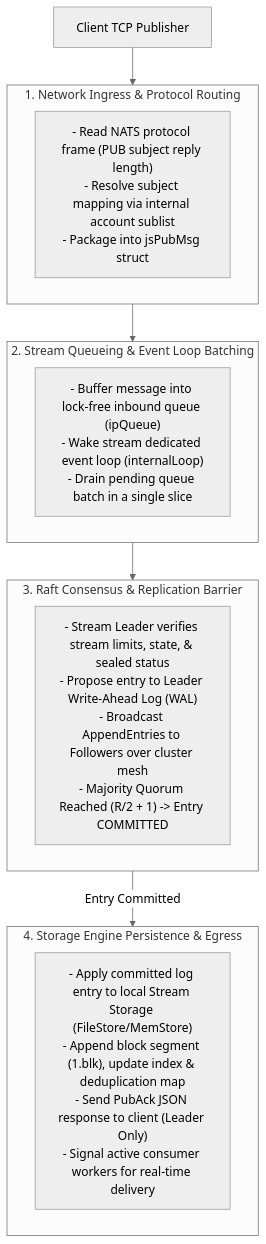
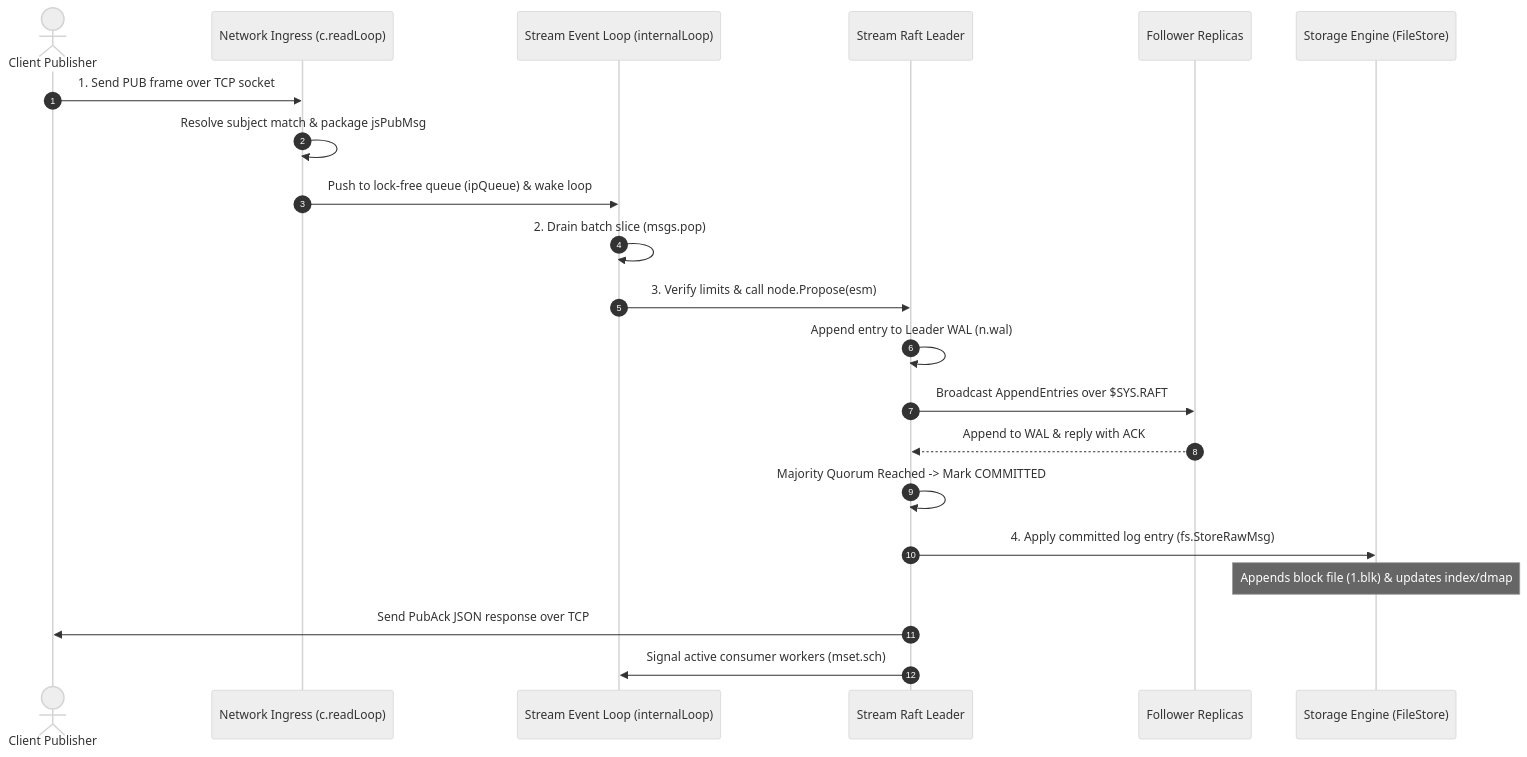
One commit to hemanthkumar2k19/nats-eval changed the diagram in supporting_documentation/streams/consistency/write.md. Above: the diagram before and after it, drawn with Mermaid (neutral theme). The commit also changed other lines of this file and 7 other files, not shown here.

Commit message:
docs: replace cluster operation flowcharts with sequence diagrams in stream lifecycle guides

````diff
--- a/supporting_documentation/streams/consistency/write.md
+++ b/supporting_documentation/streams/consistency/write.md
@@ -36,26 +23,24 @@
 ```mermaid
-flowchart TD
-    Client["Client TCP Publisher"] --> Phase1
+sequenceDiagram
+    autonumber
+    actor Client as Client Publisher
+    participant Ingress as Network Ingress (c.readLoop)
+    participant StreamLoop as Stream Event Loop (internalLoop)
+    participant Leader as Stream Raft Leader
+    participant Followers as Follower Replicas
+    participant Storage as Storage Engine (FileStore)
 
-    subgraph Phase1["1. Network Ingress & Protocol Routing"]
-        P1["- Read NATS protocol frame (PUB subject reply length)\n- Resolve subject mapping via internal account sublist\n- Package into jsPubMsg struct"]
-    end
-
-    Phase1 --> Phase2
-
-    subgraph Phase2["2. Stream Queueing & Event Loop Batching"]
-        P2["- Buffer message into lock-free inbound queue (ipQueue)\n- Wake stream dedicated event loop (internalLoop)\n- Drain pending queue batch in a single slice"]
-    end
-
-    Phase2 --> Phase3
-
-    subgraph Phase3["3. Raft Consensus & Replication Barrier"]
-        P3["- Stream Leader verifies stream limits, state, & sealed status\n- Propose entry to Leader Write-Ahead Log (WAL)\n- Broadcast AppendEntries to Followers over cluster mesh\n- Majority Quorum Reached (R/2 + 1) -> Entry COMMITTED"]
-    end
-
-    Phase3 -- "Entry Committed" --> Phase4
-
-    subgraph Phase4["4. Storage Engine Persistence & Egress"]
-        P4["- Apply committed log entry to local Stream Storage (FileStore/MemStore)\n- Append block segment (1.blk), update index & deduplication map\n- Send PubAck JSON response to client (Leader Only)\n- Signal active consumer workers for real-time delivery"]
-    end
+    Client->>Ingress: 1. Send PUB frame over TCP socket
+    Ingress->>Ingress: Resolve subject match & package jsPubMsg
+    Ingress->>StreamLoop: Push to lock-free queue (ipQueue) & wake loop
+    StreamLoop->>StreamLoop: 2. Drain batch slice (msgs.pop)
+    StreamLoop->>Leader: 3. Verify limits & call node.Propose(esm)
+    Leader->>Leader: Append entry to Leader WAL (n.wal)
+    Leader->>Followers: Broadcast AppendEntries over $SYS.RAFT
+    Followers-->>Leader: Append to WAL & reply with ACK
+    Leader->>Leader: Majority Quorum Reached -> Mark COMMITTED
+    Leader->>Storage: 4. Apply committed log entry (fs.StoreRawMsg)
+    Note over Storage: Appends block file (1.blk) & updates index/dmap
+    Leader->>Client: Send PubAck JSON response over TCP
+    Leader->>StreamLoop: Signal active consumer workers (mset.sch)
 ```
````
